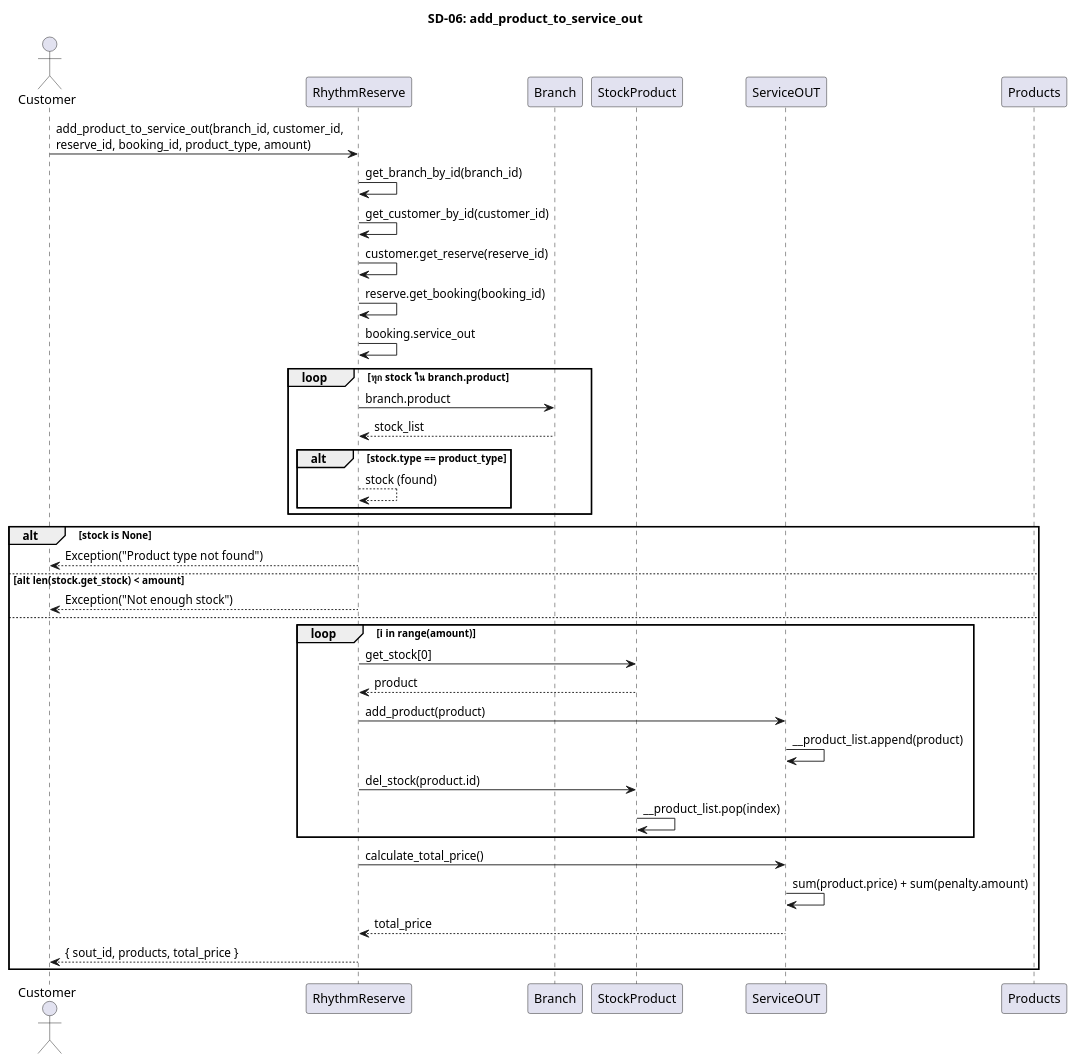
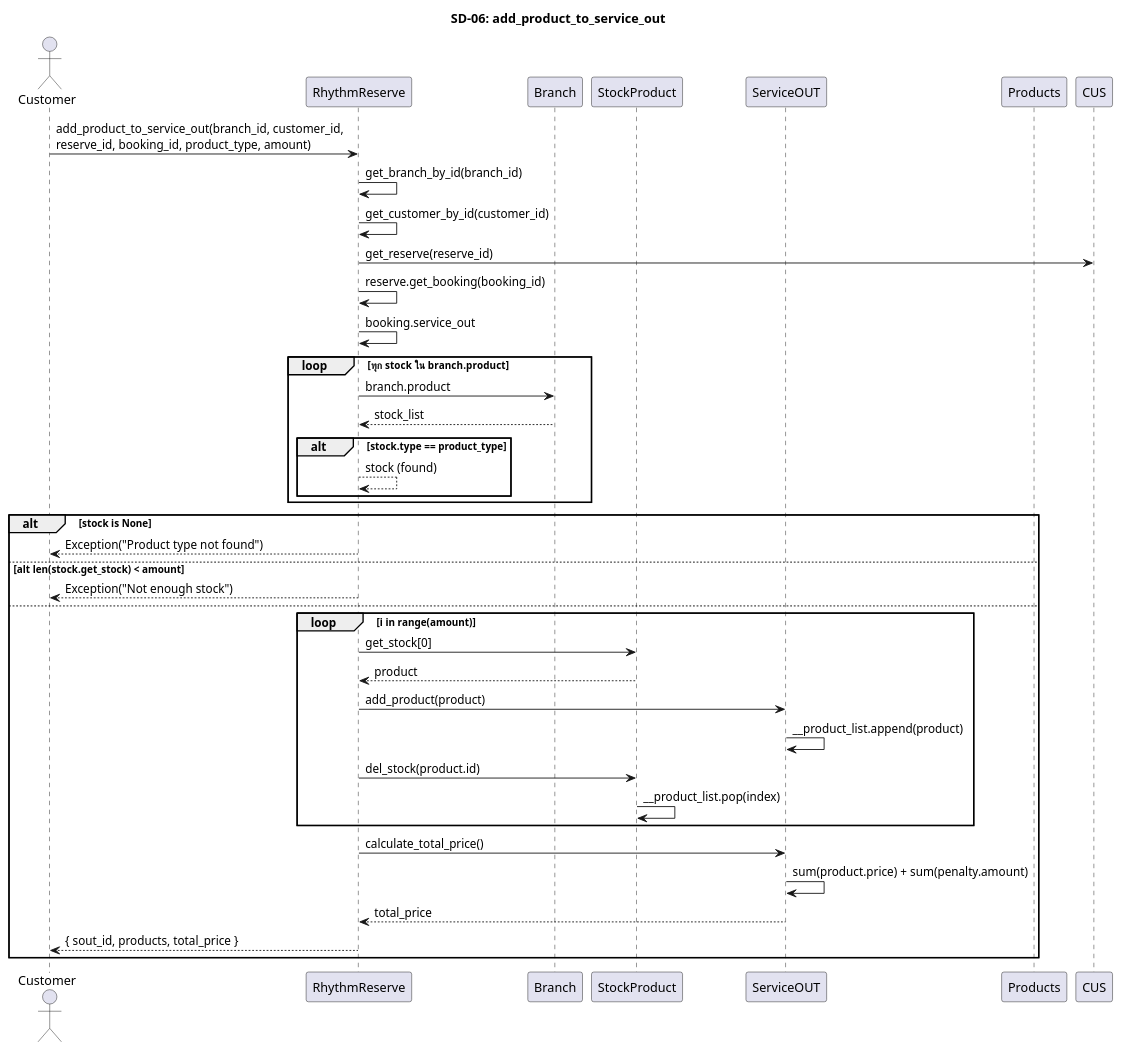
One commit to pjngth998/RhythmReserve changed the diagram in diagram/sequence_diagram/9final_sequence/sd_06_add_product_to_service_out.puml. Above: the diagram before and after it, drawn with PlantUML. The commit also changed 4 other files, not shown here.

```diff
--- a/diagram/sequence_diagram/9final_sequence/sd_06_add_product_to_service_out.puml
+++ b/diagram/sequence_diagram/9final_sequence/sd_06_add_product_to_service_out.puml
@@ -1,50 +1,50 @@
 @startuml
 title SD-06: add_product_to_service_out
 
 actor Customer as C
 participant "RhythmReserve" as RR
 participant "Branch" as BR
 participant "StockProduct" as STCK
 participant "ServiceOUT" as SOUT
 participant "Products" as PROD
 
 C -> RR : add_product_to_service_out(branch_id, customer_id,\nreserve_id, booking_id, product_type, amount)
 
 RR -> RR : get_branch_by_id(branch_id)
 RR -> RR : get_customer_by_id(customer_id)
-RR -> RR : customer.get_reserve(reserve_id)
+RR -> CUS : get_reserve(reserve_id)
 RR -> RR : reserve.get_booking(booking_id)
 RR -> RR : booking.service_out
 
 loop ทุก stock ใน branch.product
     RR -> BR : branch.product
     BR --> RR : stock_list
     alt stock.type == product_type
         RR --> RR : stock (found)
     end
 end
 
 alt stock is None
     RR --> C : Exception("Product type not found")
 else alt len(stock.get_stock) < amount
     RR --> C : Exception("Not enough stock")
 else
     loop i in range(amount)
         RR -> STCK : get_stock[0]
         STCK --> RR : product
 
         RR -> SOUT : add_product(product)
         SOUT -> SOUT : __product_list.append(product)
 
         RR -> STCK : del_stock(product.id)
         STCK -> STCK : __product_list.pop(index)
     end
 
     RR -> SOUT : calculate_total_price()
     SOUT -> SOUT : sum(product.price) + sum(penalty.amount)
     SOUT --> RR : total_price
 
     RR --> C : { sout_id, products, total_price }
 end
 
 @enduml
```
